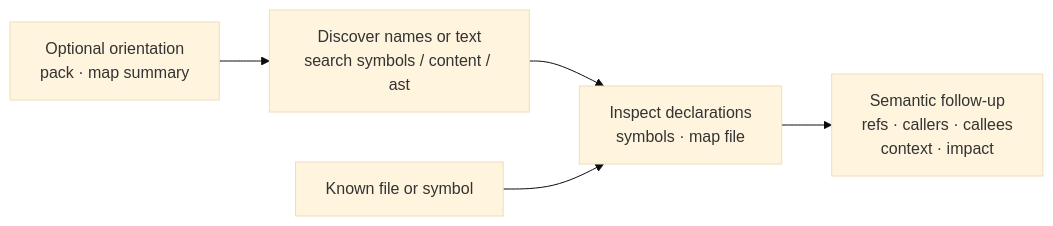
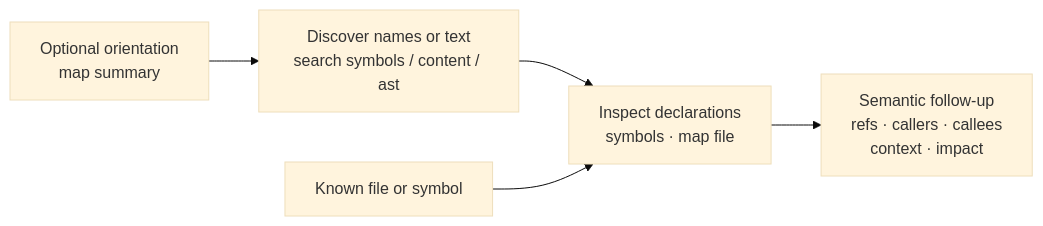
One commit to junyeong-ai/symora changed the second of 2 diagrams in README.en.md. Above: the diagram before and after it, drawn with Mermaid (base theme). The commit also changed other lines of this file and 28 other files, not shown here.

````diff
--- a/README.en.md
+++ b/README.en.md
@@ -97,7 +97,7 @@
 ```mermaid
 flowchart LR
-    O["Optional orientation<br/>pack · map summary"] --> D["Discover names or text<br/>search symbols / content / ast"]
+    O["Optional orientation<br/>map summary"] --> D["Discover names or text<br/>search symbols / content / ast"]
     D --> I["Inspect declarations<br/>symbols · map file"]
     K["Known file or symbol"] --> I
     I --> X["Semantic follow-up<br/>refs · callers · callees<br/>context · impact"]
 ```
````
